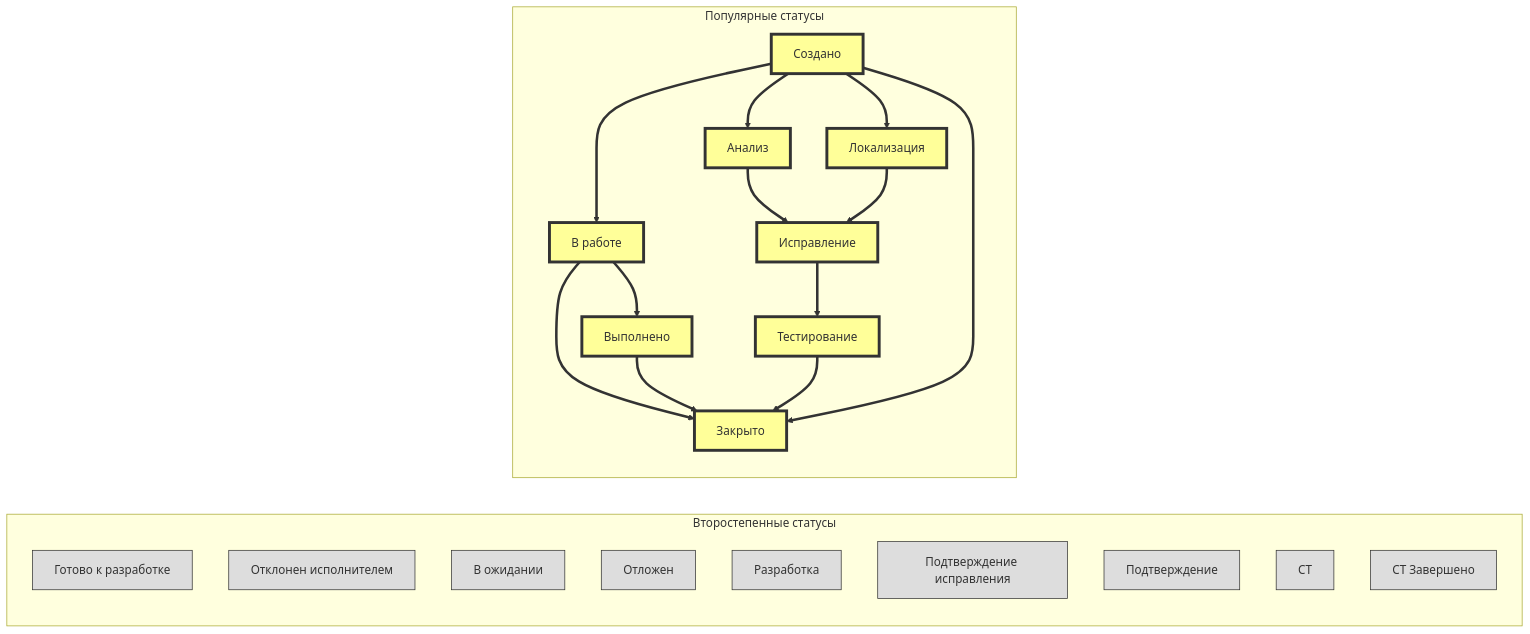
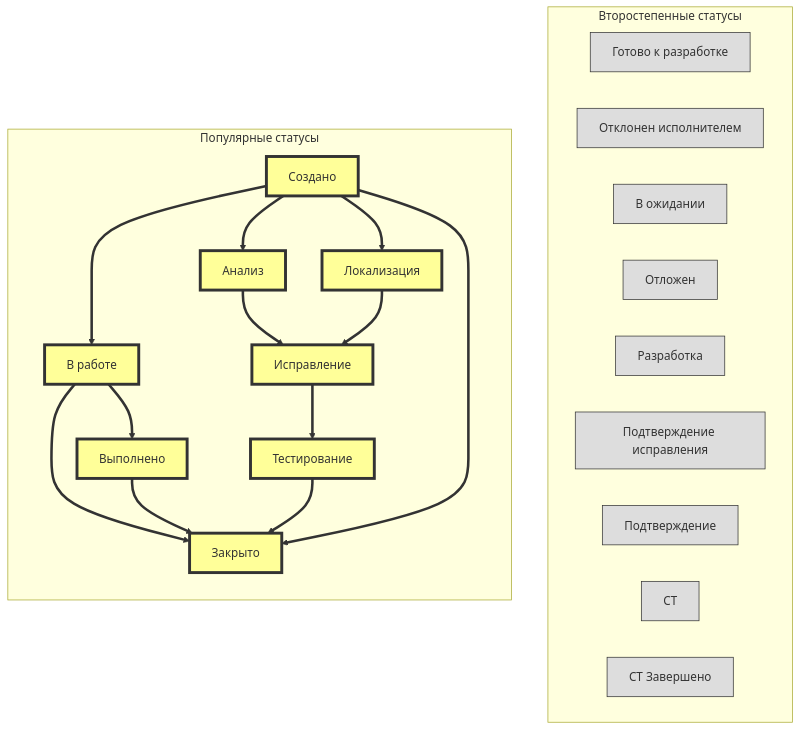
Before and after one commit to olgapavlova/agile-health-hackathon: the diagram in WORKFLOW.md, drawn with Mermaid.

````diff
--- a/WORKFLOW.md
+++ b/WORKFLOW.md
@@ -6,42 +6,44 @@
 ```mermaid
-flowchart LR
+flowchart TB
 
 analysis["Анализ"]
 fixing["Исправление"]
 testing["Тестирование"]
 localization["Локализация"]
 inProgress["В работе"]
 closed["Закрыто"]
 created["Создано"]
 done["Выполнено"]
 
 subgraph Второстепенные статусы
+direction LR
 ready2dev["Готово к разработке"]
 declined["Отклонен исполнителем"]
 wait["В ожидании"]
 postponed["Отложен"]
 dev["Разработка"]
 verification["Подтверждение исправления"]
 approve["Подтверждение"]
 st["СТ"]
 st_done["СТ Завершено"]
 end
 
 subgraph Популярные статусы
+direction TB
 created:::important ==> inProgress
 inProgress:::important ==> closed
 fixing:::important ==> testing
 inProgress ==> done
 analysis:::important ==> fixing
 testing:::important ==> closed
 created ==> analysis
 done:::important ==> closed
 created ==> localization
 localization:::important ==> fixing
 created ==> closed:::important
 end
 
 classDef default fill:#ddd,stroke:#333,stroke-width:1px;
 classDef important fill:#ff9,stroke:#333,stroke-width:4px;
 
 ```
````
